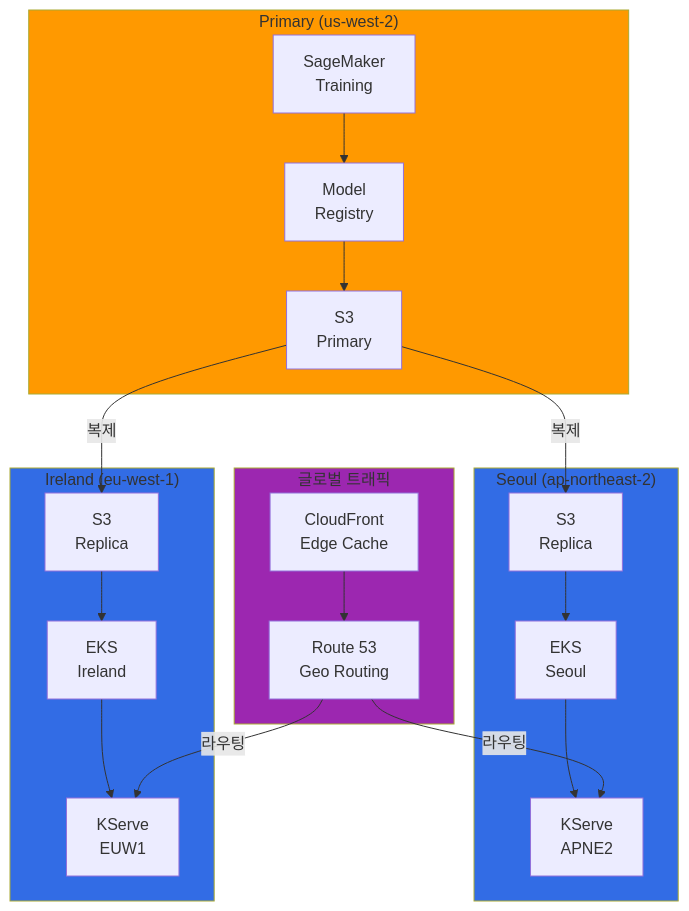
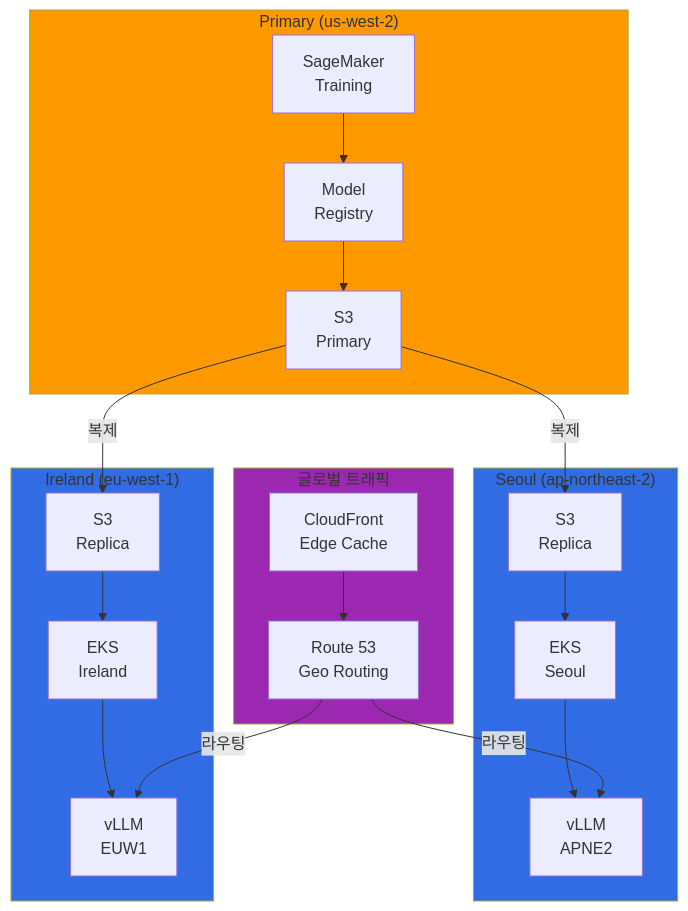
One commit to devfloor9/engineering-playbook changed the third of 4 diagrams in docs/agentic-ai-platform/operations-mlops/sagemaker-eks-integration.md. Above: the diagram before and after it, drawn with Mermaid. The commit also changed other lines of this file and 21 other files, not shown here.

````diff
--- a/docs/agentic-ai-platform/operations-mlops/sagemaker-eks-integration.md
+++ b/docs/agentic-ai-platform/operations-mlops/sagemaker-eks-integration.md
@@ -599,46 +636,46 @@
 ```mermaid
 flowchart TB
     subgraph Primary["Primary (us-west-2)"]
         SM_TRAIN[SageMaker<br/>Training]
         SM_REG[Model<br/>Registry]
         S3_PRIMARY[S3<br/>Primary]
     end
 
     subgraph APNE2["Seoul (ap-northeast-2)"]
         S3_REPLICA[S3<br/>Replica]
         EKS_AP[EKS<br/>Seoul]
-        KSERVE_AP[KServe<br/>APNE2]
+        VLLM_AP[vLLM<br/>APNE2]
     end
 
     subgraph EUW1["Ireland (eu-west-1)"]
         S3_EU[S3<br/>Replica]
         EKS_EU[EKS<br/>Ireland]
-        KSERVE_EU[KServe<br/>EUW1]
+        VLLM_EU[vLLM<br/>EUW1]
     end
 
     subgraph Global["글로벌 트래픽"]
         CLOUDFRONT[CloudFront<br/>Edge Cache]
         R53[Route 53<br/>Geo Routing]
     end
 
     SM_TRAIN --> SM_REG
     SM_REG --> S3_PRIMARY
 
     S3_PRIMARY -->|복제| S3_REPLICA
     S3_PRIMARY -->|복제| S3_EU
 
     S3_REPLICA --> EKS_AP
-    EKS_AP --> KSERVE_AP
+    EKS_AP --> VLLM_AP
 
     S3_EU --> EKS_EU
-    EKS_EU --> KSERVE_EU
+    EKS_EU --> VLLM_EU
 
     CLOUDFRONT --> R53
-    R53 -->|라우팅| KSERVE_AP
-    R53 -->|라우팅| KSERVE_EU
+    R53 -->|라우팅| VLLM_AP
+    R53 -->|라우팅| VLLM_EU
 
     style Primary fill:#ff9900
     style APNE2 fill:#326ce5
     style EUW1 fill:#326ce5
     style Global fill:#9c27b0
 ```
````
